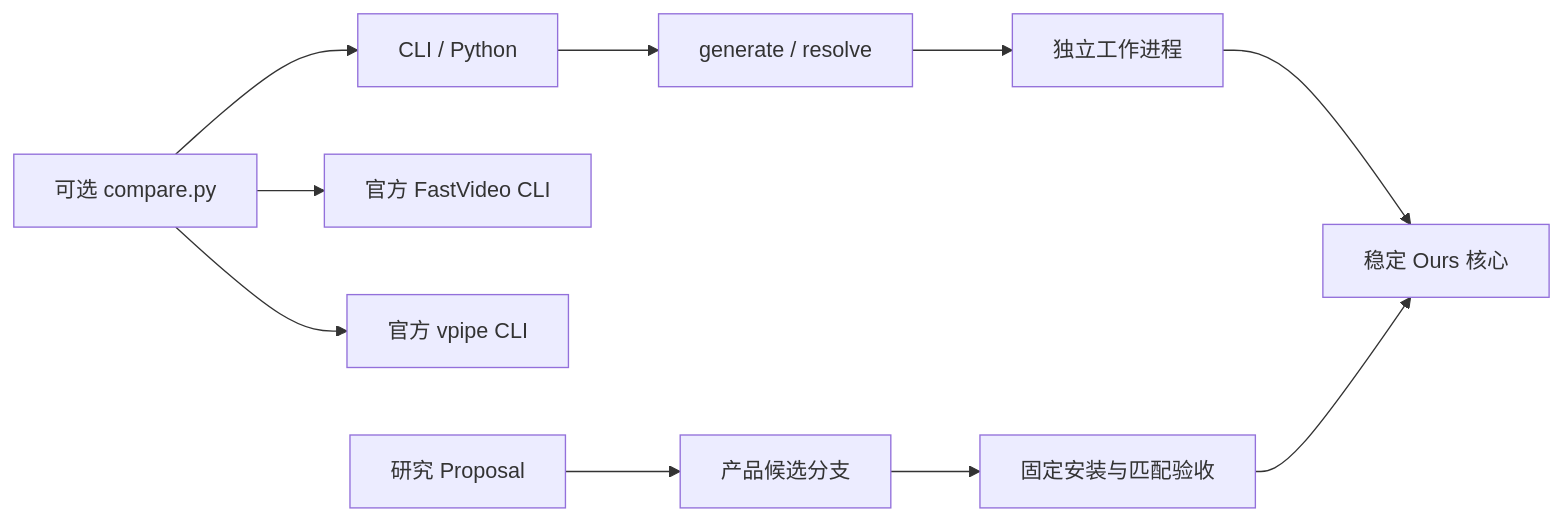
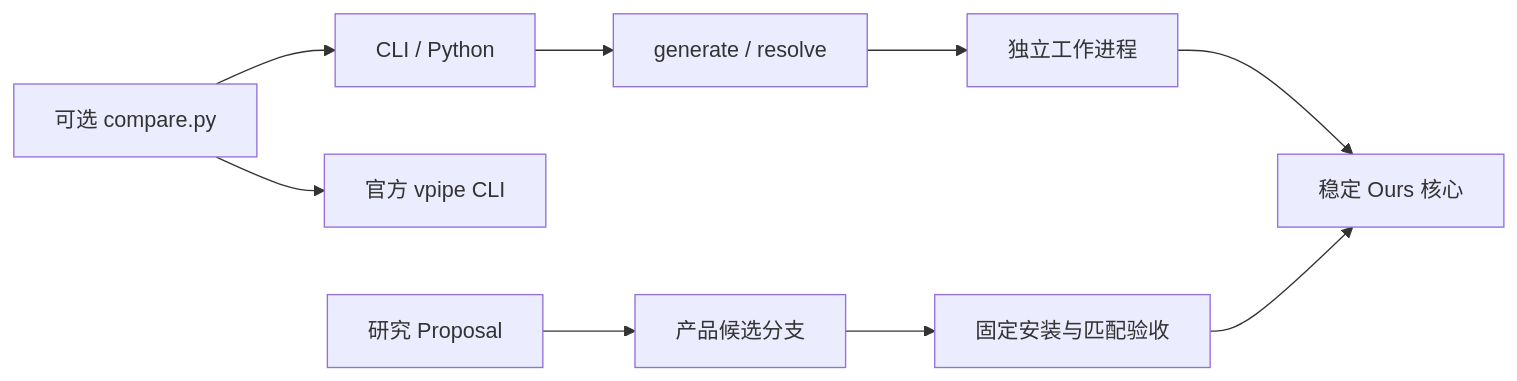
One commit to RhinoQ/h3-apple changed the diagram in docs/architecture.md. Above: the diagram before and after it, drawn with Mermaid. The commit also changed other lines of this file and 9 other files, not shown here.

````diff
--- a/docs/architecture.md
+++ b/docs/architecture.md
@@ -6,12 +6,11 @@
 ```mermaid
 flowchart LR
   User[CLI / Python] --> API[generate / resolve]
   API --> Worker[独立工作进程]
   Worker --> Core[稳定 Ours 核心]
   Compare[可选 compare.py] --> User
-  Compare --> FastVideo[官方 FastVideo CLI]
   Compare --> VPipe[官方 vpipe CLI]
   Research[研究 Proposal] --> Candidate[产品候选分支]
   Candidate --> Evidence[固定安装与匹配验收]
   Evidence --> Core
 ```
````
